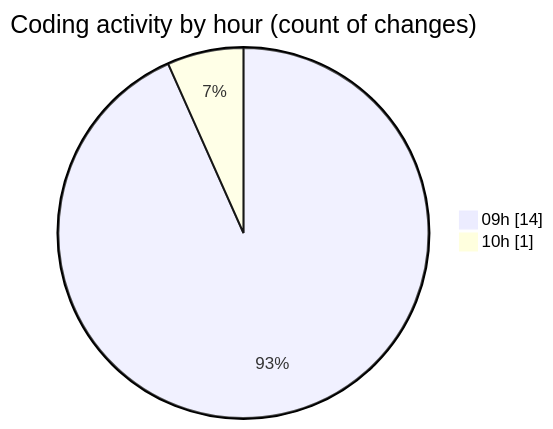
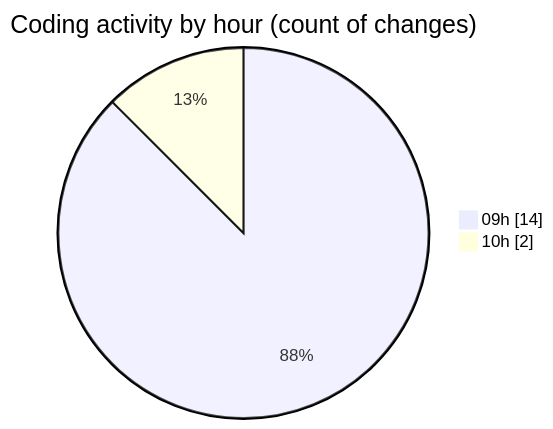
The second of 2 diagrams in 2025-02-07/cda/README.md (momahboobian/code-tracking), drawn with Mermaid before and after one commit. The commit also changed other lines of this file and 1 other file, not shown here.

````diff
--- a/2025-02-07/cda/README.md
+++ b/2025-02-07/cda/README.md
@@ -35,6 +36,6 @@
 ```mermaid
 pie showData
 title Coding activity by hour (count of changes)
 "09h" : 14
-"10h" : 1
+"10h" : 2
 ```
````
